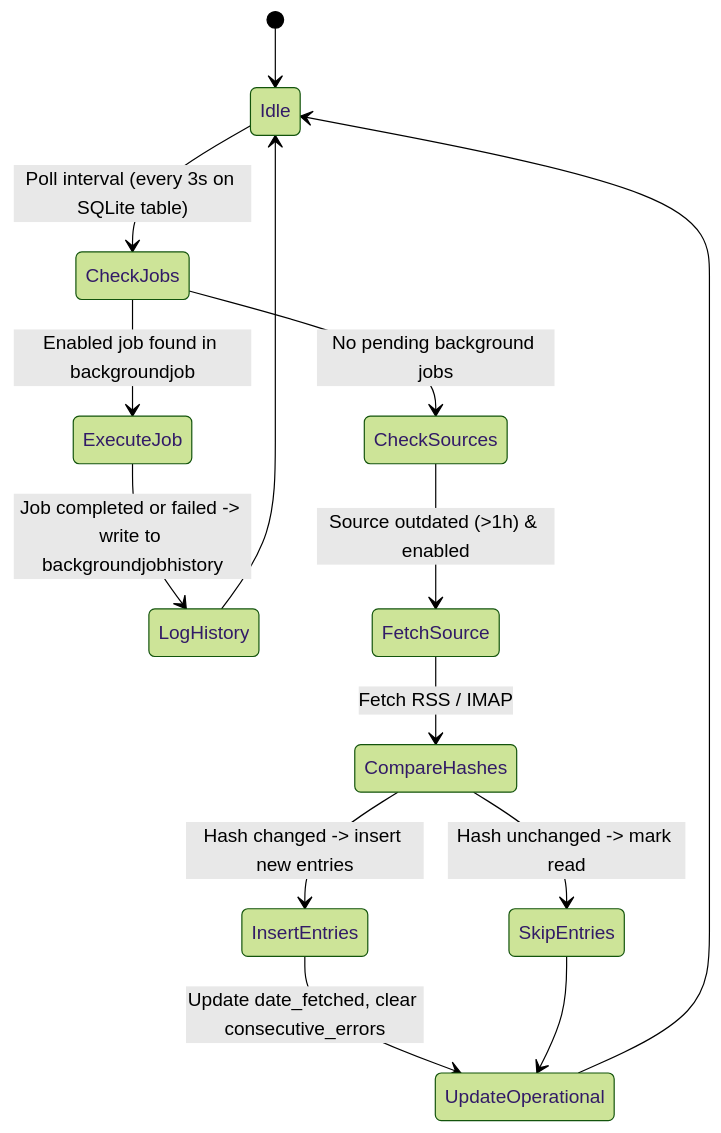
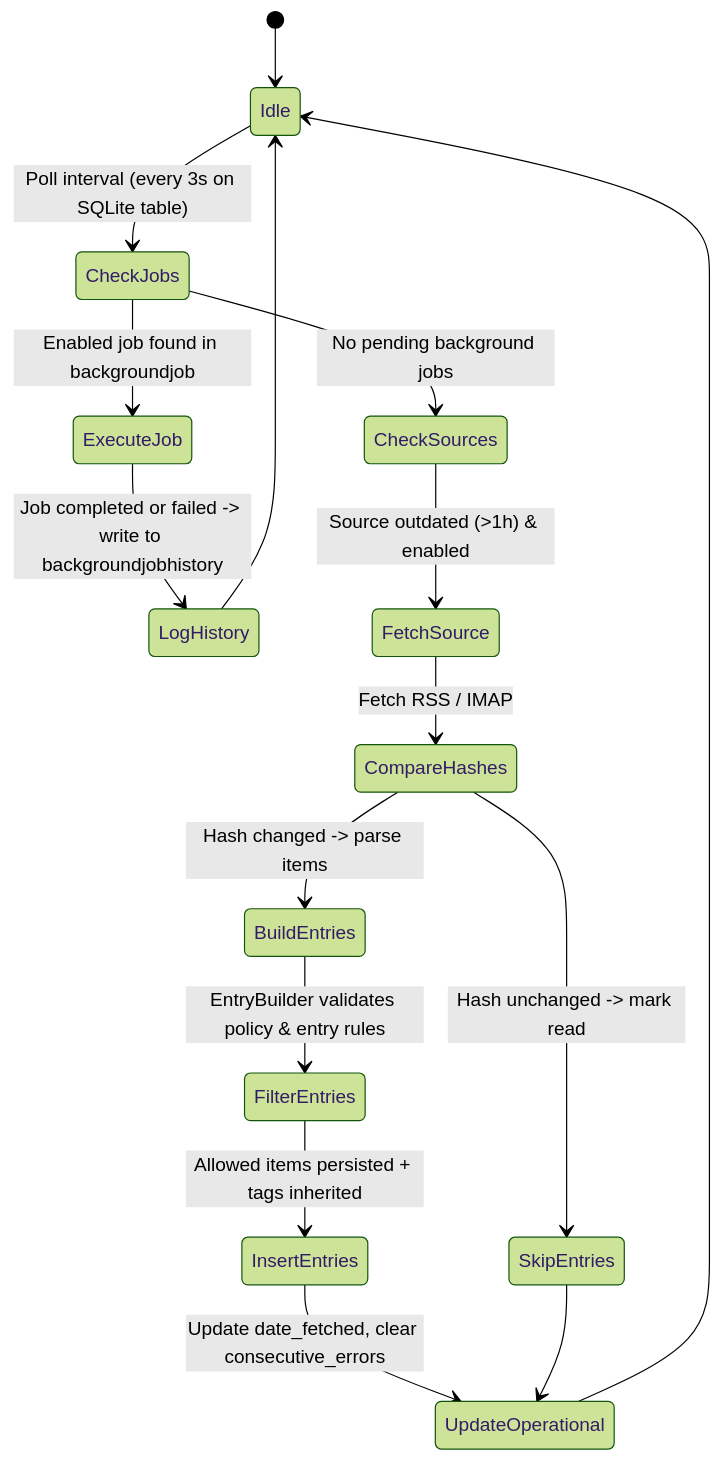
The third of 4 diagrams in ARCHITECTURE.md (rumca-js/yafr_next), drawn with Mermaid (forest theme) before and after one commit. The commit also changed other lines of this file and 5 other files, not shown here.

Commit message:
Added entry builder

````diff
--- a/ARCHITECTURE.md
+++ b/ARCHITECTURE.md
@@ -241,17 +242,19 @@
 ```mermaid
 stateDiagram-v2
     [*] --> Idle
     Idle --> CheckJobs: Poll interval (every 3s on SQLite table)
     CheckJobs --> ExecuteJob: Enabled job found in backgroundjob
     ExecuteJob --> LogHistory: Job completed or failed -> write to backgroundjobhistory
     LogHistory --> Idle
 
     CheckJobs --> CheckSources: No pending background jobs
     CheckSources --> FetchSource: Source outdated (>1h) & enabled
     FetchSource --> CompareHashes: Fetch RSS / IMAP
-    CompareHashes --> InsertEntries: Hash changed -> insert new entries
+    CompareHashes --> BuildEntries: Hash changed -> parse items
+    BuildEntries --> FilterEntries: EntryBuilder validates policy & entry rules
+    FilterEntries --> InsertEntries: Allowed items persisted + tags inherited
     CompareHashes --> SkipEntries: Hash unchanged -> mark read
     InsertEntries --> UpdateOperational: Update date_fetched, clear consecutive_errors
     SkipEntries --> UpdateOperational
     UpdateOperational --> Idle
 ```
````
